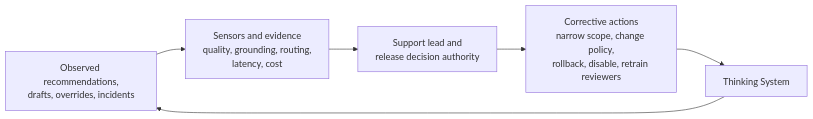
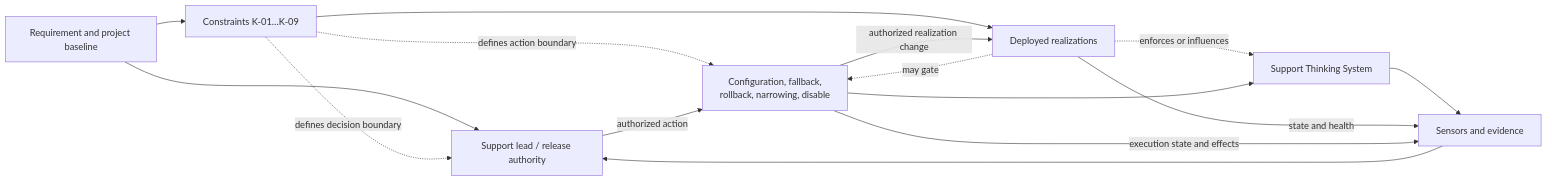
Before and after one commit to UncertaintyArchitectureGroup/uncertainty-architecture: the second of 2 diagrams in 03-reference-architectures/worked-thinking-system-review-support-triage.md, drawn with Mermaid. The commit also changed other lines of this file and 31 other files, not shown here.

First line of the commit message:
Define Constraints and Constraint Realization as first-class control concepts (#32)

````diff
--- a/03-reference-architectures/worked-thinking-system-review-support-triage.md
+++ b/03-reference-architectures/worked-thinking-system-review-support-triage.md
@@ -244,10 +245,25 @@
 ```mermaid
 flowchart LR
-    O[Observed recommendations,<br/>drafts, overrides, incidents]
-    S[Sensors and evidence<br/>quality, grounding, routing,<br/>latency, cost]
-    C[Support lead and<br/>release decision authority]
-    A[Corrective actions<br/>narrow scope, change policy,<br/>rollback, disable, retrain reviewers]
-    TS[Thinking System]
+    R[Requirement and project baseline]
+    K[Constraints K-01…K-09]
+    KR[Deployed realizations]
+    P[Support Thinking System]
+    S[Sensors and evidence]
+    C[Support lead / release authority]
+    A[Configuration, fallback,<br/>rollback, narrowing, disable]
 
-    TS --> O --> S --> C --> A --> TS
+    R --> C
+    R --> K
+    K --> KR
+    K -. defines decision boundary .-> C
+    K -. defines action boundary .-> A
+    KR -. enforces or influences .-> P
+    KR -. may gate .-> A
+    P --> S
+    KR -->|state and health| S
+    A -->|execution state and effects| S
+    S --> C
+    C -->|authorized action| A
+    A --> P
+    A -->|authorized realization change| KR
 ```
````
